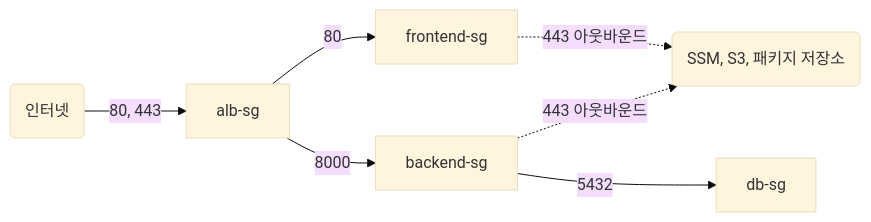
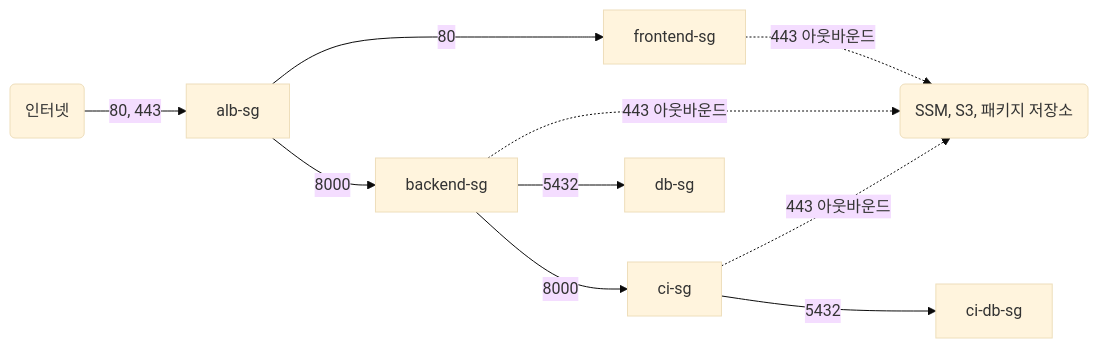
One commit to kintoun-secops/kintoun-infra changed the diagram in docs/modules/platform/service-network.md. Above: the diagram before and after it, drawn with Mermaid (base theme). The commit also changed other lines of this file and 3 other files, not shown here.

````diff
--- a/docs/modules/platform/service-network.md
+++ b/docs/modules/platform/service-network.md
@@ -24,16 +24,21 @@
 ```mermaid
 flowchart LR
     INTER("인터넷")
     OUT("SSM, S3, 패키지 저장소")
     ALBSG["alb-sg"]
     FESG["frontend-sg"]
     BESG["backend-sg"]
+    CISG["ci-sg"]
     DBSG["db-sg"]
+    CIDBSG["ci-db-sg"]
 
     INTER -->|"80, 443"| ALBSG
     ALBSG -->|"80"| FESG
     ALBSG -->|"8000"| BESG
+    BESG -->|"8000"| CISG
     BESG -->|"5432"| DBSG
+    CISG -->|"5432"| CIDBSG
     FESG -.->|"443 아웃바운드"| OUT
     BESG -.->|"443 아웃바운드"| OUT
+    CISG -.->|"443 아웃바운드"| OUT
 ```
````
